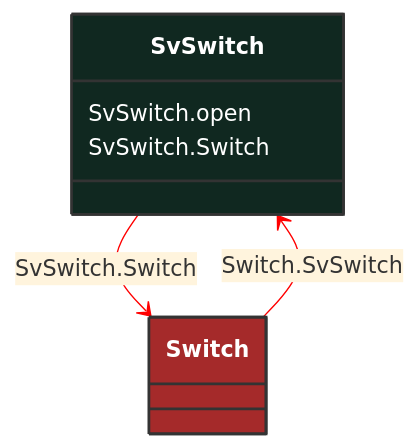
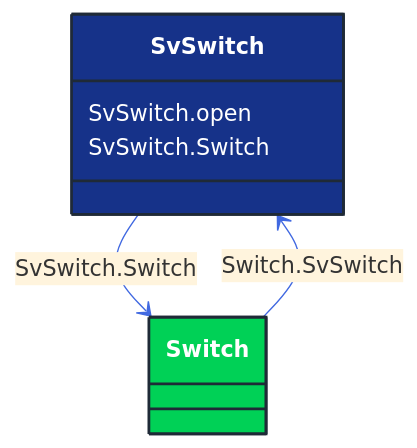
The diagram in docs/Models/Profiles/StateVariables/ConcreteClasses/SvSwitch.md (3lbits/NoCIMExtensions), drawn with Mermaid before and after one commit. The commit also changed 362 other files, not shown here.

First line of the commit message:
Update diagrams and styles for improved visual consistency

````diff
--- a/docs/Models/Profiles/StateVariables/ConcreteClasses/SvSwitch.md
+++ b/docs/Models/Profiles/StateVariables/ConcreteClasses/SvSwitch.md
@@ -8,23 +8,23 @@
 ```mermaid
-%%{init: {'theme':'base','themeVariables': {'lineColor': '#FF0000'}}}%%
+%%{init: {'theme':'base','themeVariables': {'lineColor': '#4169E1'}}}%%
 classDiagram
     class SvSwitch
     click SvSwitch href "/Models/Profiles/StateVariables/ConcreteClasses/SvSwitch/"
-    style SvSwitch fill:#102820,stroke:#333,stroke-width:2px,rx:10,ry:10,color:white
+    style SvSwitch fill:#163289,stroke:#1F2A37,stroke-width:2px,rx:10,ry:10,color:white
 
         SvSwitch --> Switch : SvSwitch.Switch
 
         Switch
             click Switch href "/Models/Profiles/StateVariables/ConcreteClasses/Switch/"
-            style Switch fill:#A52A2A,stroke:#333,stroke-width:2px,rx:10,ry:10,color:white
+            style Switch fill:#00D156,stroke:#1F2A37,stroke-width:2px,rx:10,ry:10,color:white
 
         Switch --> SvSwitch : Switch.SvSwitch
 
         Switch
             click Switch href "/Models/Profiles/StateVariables/ConcreteClasses/Switch/"
-            style Switch fill:#A52A2A,stroke:#333,stroke-width:2px,rx:10,ry:10,color:white
+            style Switch fill:#00D156,stroke:#1F2A37,stroke-width:2px,rx:10,ry:10,color:white
 
 
         SvSwitch : SvSwitch.open
         SvSwitch : SvSwitch.Switch
 ```
````
